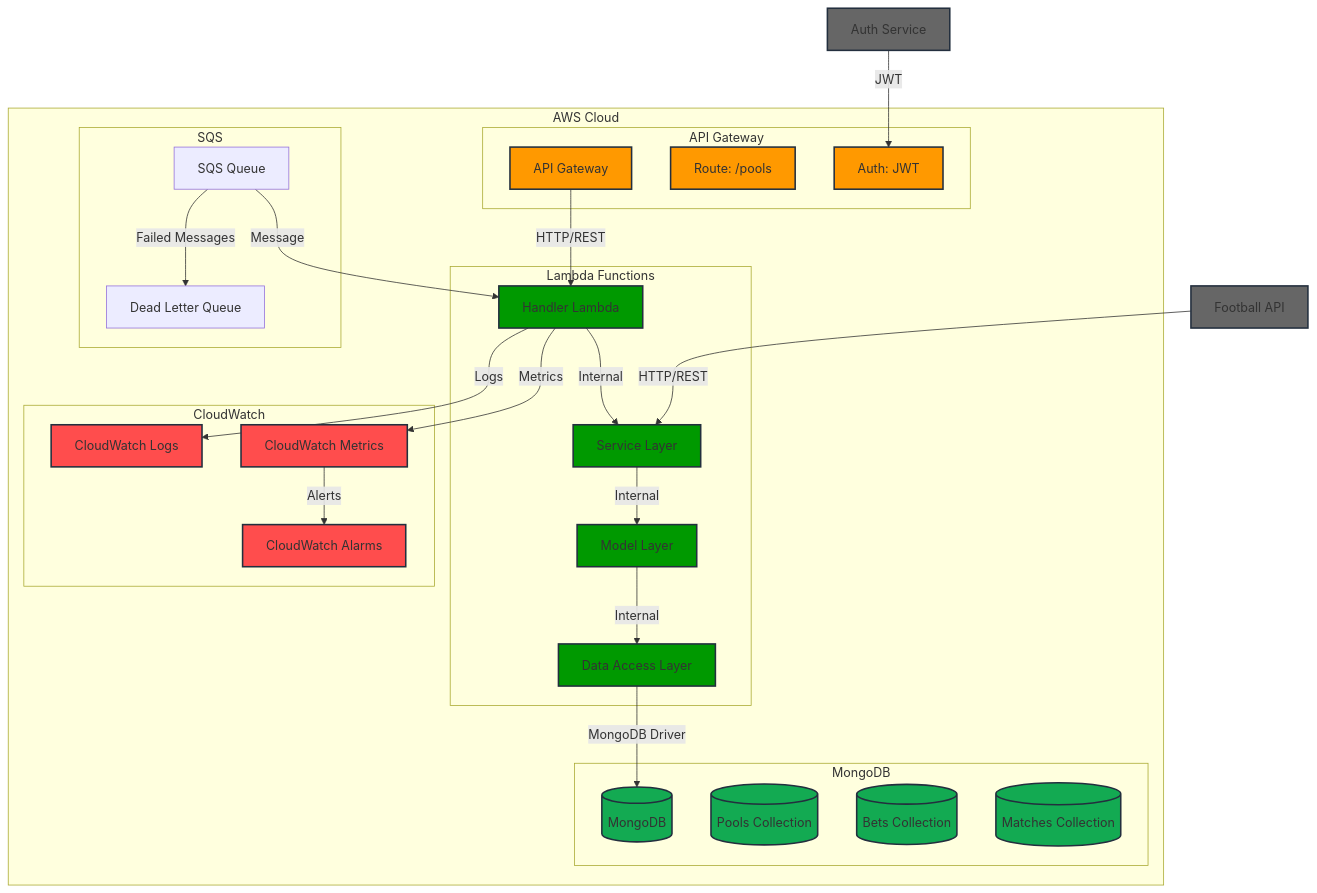
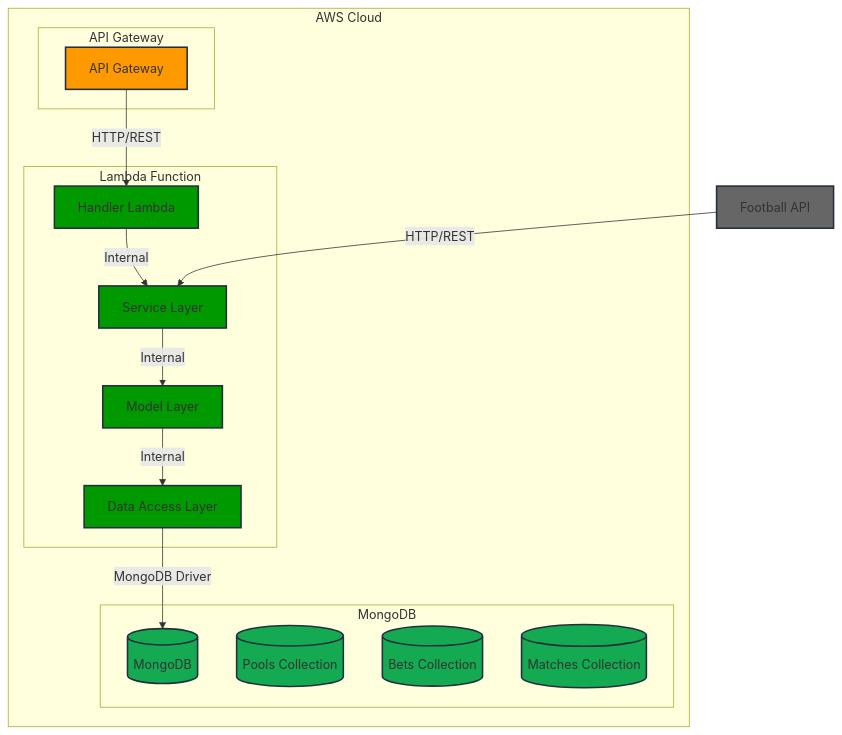
Before and after one commit to marcosmoraes/craque-create-bets-bolao: the diagram in docs/01-architecture.md, drawn with Mermaid. The commit also changed other lines of this file, not shown here.

Commit message:
docs: update architecture diagram to reflect actual components

````diff
--- a/docs/01-architecture.md
+++ b/docs/01-architecture.md
@@ -9,72 +9,46 @@
 ```mermaid
 graph TB
     subgraph "AWS Cloud"
         subgraph "API Gateway"
             APIG[API Gateway]
-            APIG_Route[Route: /pools]
-            APIG_Auth[Auth: JWT]
         end
 
-        subgraph "Lambda Functions"
+        subgraph "Lambda Function"
             Handler[Handler Lambda]
             Service[Service Layer]
             Model[Model Layer]
             DataAccess[Data Access Layer]
         end
 
         subgraph "MongoDB"
             Mongo[(MongoDB)]
             Pools[(Pools Collection)]
             Bets[(Bets Collection)]
             Matches[(Matches Collection)]
         end
-
-        subgraph "SQS"
-            SQS_Queue[SQS Queue]
-            SQS_DeadLetter[Dead Letter Queue]
-        end
-
-        subgraph "CloudWatch"
-            CW_Logs[CloudWatch Logs]
-            CW_Metrics[CloudWatch Metrics]
-            CW_Alarms[CloudWatch Alarms]
-        end
     end
 
     %% External Services
     FootballAPI[Football API]
-    AuthService[Auth Service]
 
     %% Connections
     APIG -->|HTTP/REST| Handler
     Handler -->|Internal| Service
     Service -->|Internal| Model
     Model -->|Internal| DataAccess
     DataAccess -->|MongoDB Driver| Mongo
     
-    %% SQS Connections
-    SQS_Queue -->|Message| Handler
-    SQS_Queue -->|Failed Messages| SQS_DeadLetter
-    
     %% External Connections
     FootballAPI -->|HTTP/REST| Service
-    AuthService -->|JWT| APIG_Auth
-    
-    %% Monitoring
-    Handler -->|Logs| CW_Logs
-    Handler -->|Metrics| CW_Metrics
-    CW_Metrics -->|Alerts| CW_Alarms
 
     %% Styling
     classDef aws fill:#FF9900,stroke:#232F3E,stroke-width:2px;
     classDef lambda fill:#009900,stroke:#232F3E,stroke-width:2px;
     classDef db fill:#13aa52,stroke:#232F3E,stroke-width:2px;
     classDef external fill:#666666,stroke:#232F3E,stroke-width:2px;
-    classDef monitoring fill:#FF4D4D,stroke:#232F3E,stroke-width:2px;
 
-    class APIG,APIG_Route,APIG_Auth aws;
+    class APIG aws;
     class Handler,Service,Model,DataAccess lambda;
     class Mongo,Pools,Bets,Matches db;
-    class FootballAPI,AuthService external;
-    class CW_Logs,CW_Metrics,CW_Alarms monitoring;
+    class FootballAPI external;
 ```
````
